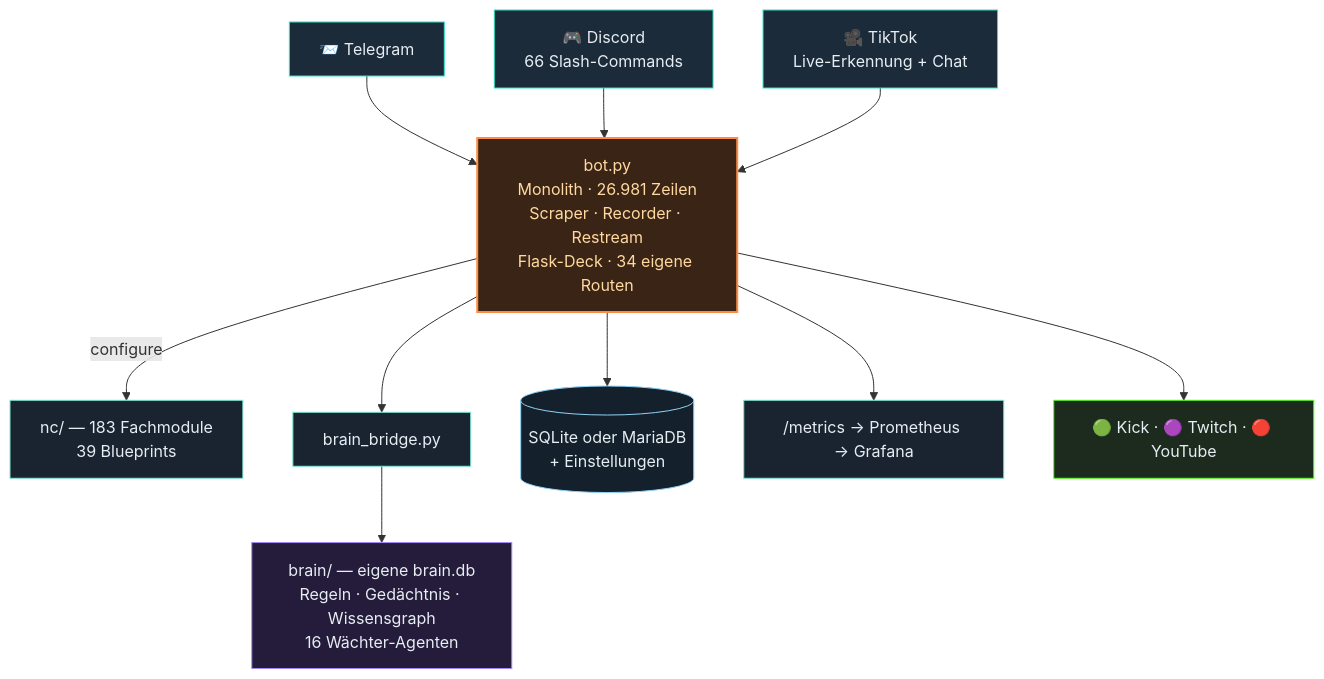
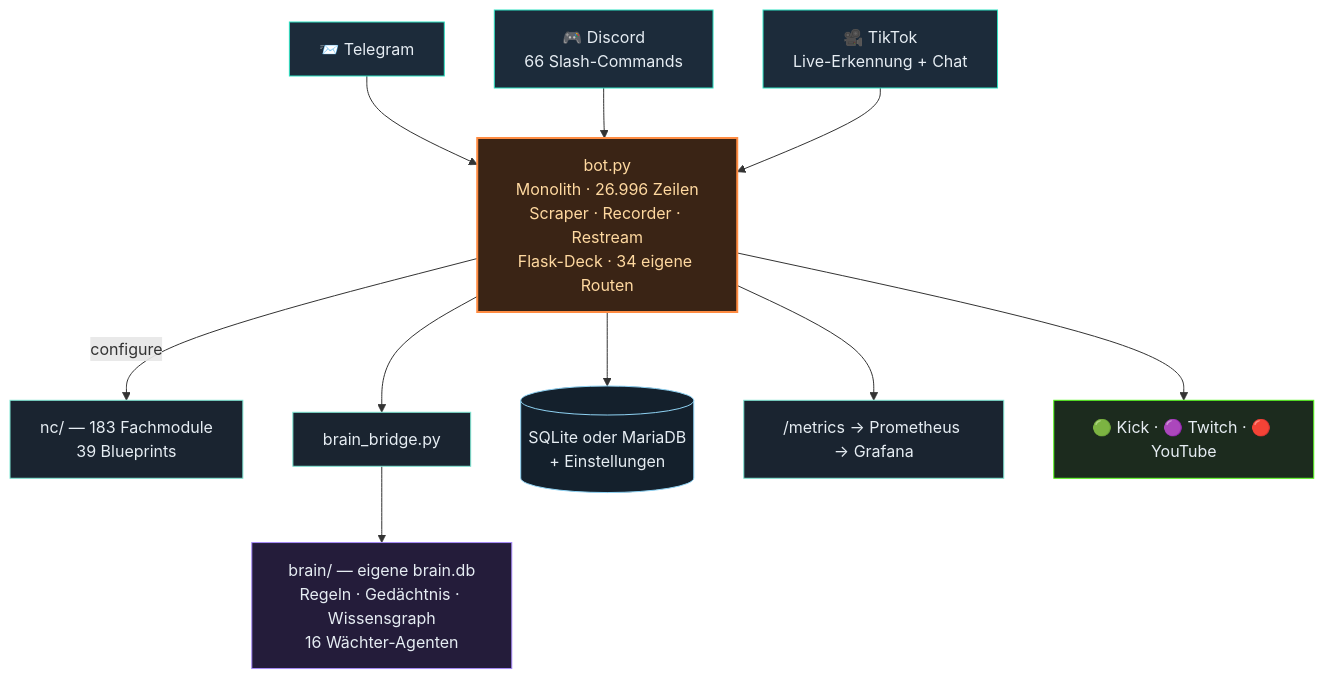
The second of 3 diagrams in README.md (itsamemedev/Telegram-Stream-Info-Bot), drawn with Mermaid before and after one commit. The commit also changed other lines of this file and 10 other files, not shown here.

````diff
--- a/README.md
+++ b/README.md
@@ -118,19 +118,19 @@
 ```mermaid
 flowchart TB
     TG["📨 Telegram"]:::ein --> BOT
     DC["🎮 Discord<br/>66 Slash-Commands"]:::ein --> BOT
     TT["🎥 TikTok<br/>Live-Erkennung + Chat"]:::ein --> BOT
-    BOT["bot.py<br/>Monolith · 26.981 Zeilen<br/>Scraper · Recorder · Restream<br/>Flask-Deck · 34 eigene Routen"]:::core
+    BOT["bot.py<br/>Monolith · 26.996 Zeilen<br/>Scraper · Recorder · Restream<br/>Flask-Deck · 34 eigene Routen"]:::core
     BOT -->|configure| NC["nc/ — 183 Fachmodule<br/>39 Blueprints"]:::lib
     BOT --> BR["brain_bridge.py"]:::lib
     BR --> BRAIN["brain/ — eigene brain.db<br/>Regeln · Gedächtnis · Wissensgraph<br/>16 Wächter-Agenten"]:::brain
     BOT --> DB[("SQLite oder MariaDB<br/>+ Einstellungen")]:::db
     BOT --> PROM["/metrics → Prometheus → Grafana"]:::lib
     BOT --> OUT["🟢 Kick · 🟣 Twitch · 🔴 YouTube"]:::out
     classDef ein fill:#1c2b3a,stroke:#2de1c2,color:#e6edf3
     classDef core fill:#3a2415,stroke:#ff8c42,stroke-width:2px,color:#ffd9a0
     classDef lib fill:#1a2430,stroke:#7fe7d4,color:#e6edf3
     classDef brain fill:#241c3a,stroke:#a78bfa,color:#e6edf3
     classDef db fill:#14202c,stroke:#8fd3f4,color:#e6edf3
     classDef out fill:#1c2b1e,stroke:#53fc18,color:#e6edf3
 ```
````
